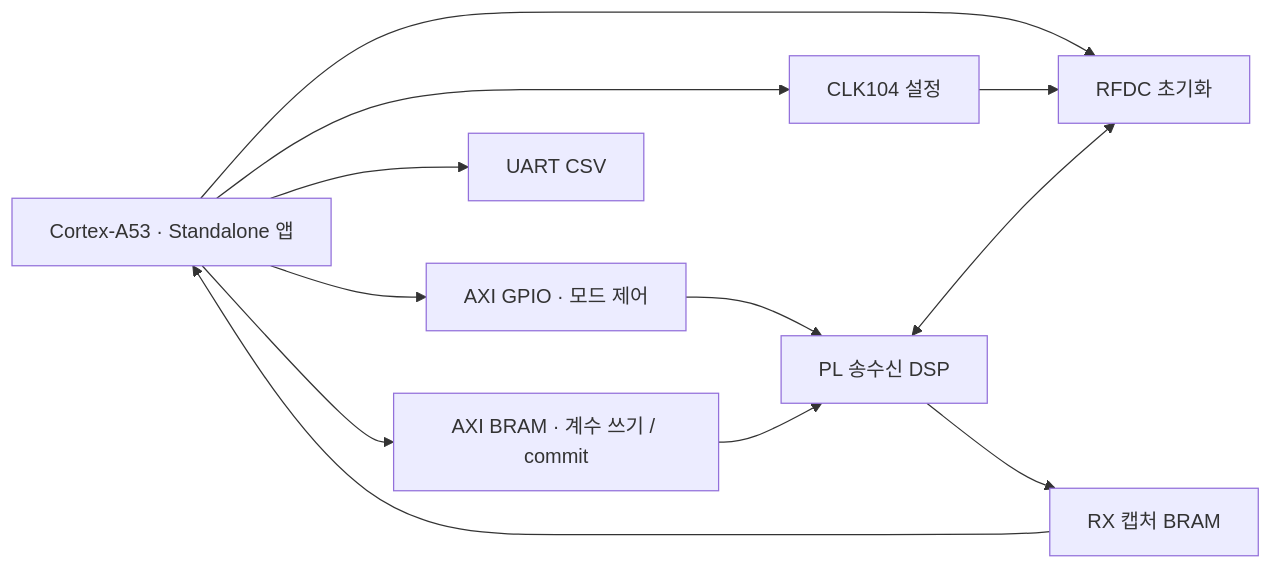
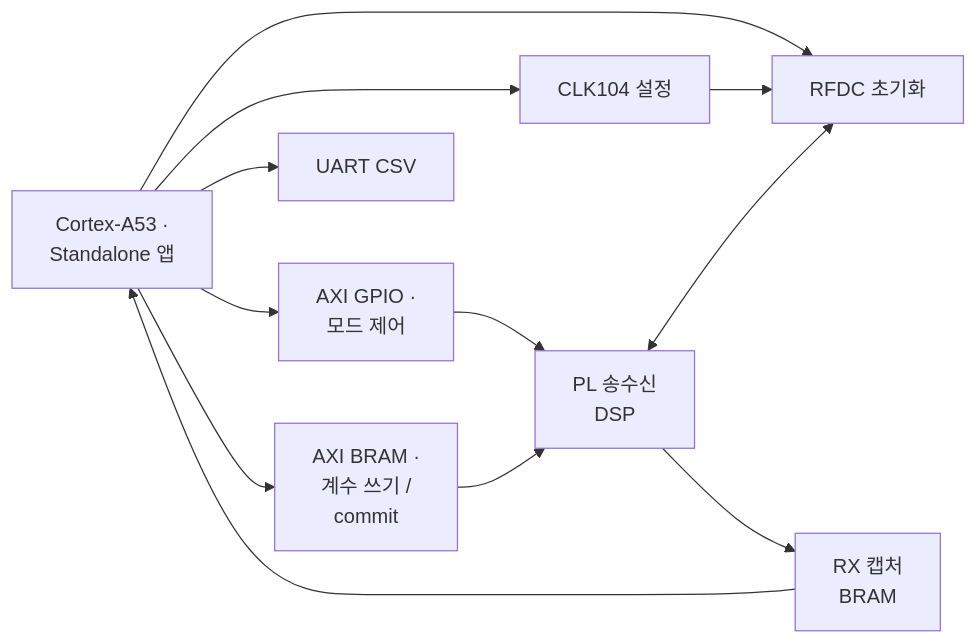
One commit to yunjuhyeong0916-glitch/jhyun changed the diagram in projects/zcu208-pam4-dsp-portfolio/docs/vitis-bringup.md. Above: the diagram before and after it, drawn with Mermaid. The commit also changed 4 other files, not shown here.

Commit message:
Wrap Mermaid labels to prevent diagram text clipping

````diff
--- a/projects/zcu208-pam4-dsp-portfolio/docs/vitis-bringup.md
+++ b/projects/zcu208-pam4-dsp-portfolio/docs/vitis-bringup.md
@@ -20,14 +20,14 @@
 ```mermaid
 flowchart LR
-    S["Cortex-A53 · Standalone 앱"] --> G["AXI GPIO · 모드 제어"]
-    S --> B["AXI BRAM · 계수 쓰기 / commit"]
-    G --> P["PL 송수신 DSP"]
+    S["Cortex-A53 ·<br/>Standalone 앱"] --> G["AXI GPIO ·<br/>모드 제어"]
+    S --> B["AXI BRAM ·<br/>계수 쓰기 /<br/>commit"]
+    G --> P["PL 송수신<br/>DSP"]
     B --> P
     S --> K["CLK104 설정"]
     S --> R["RFDC 초기화"]
     K --> R
     P <--> R
-    C["RX 캡처 BRAM"] --> S
+    C["RX 캡처<br/>BRAM"] --> S
     P --> C
     S --> U["UART CSV"]
 ```
````
